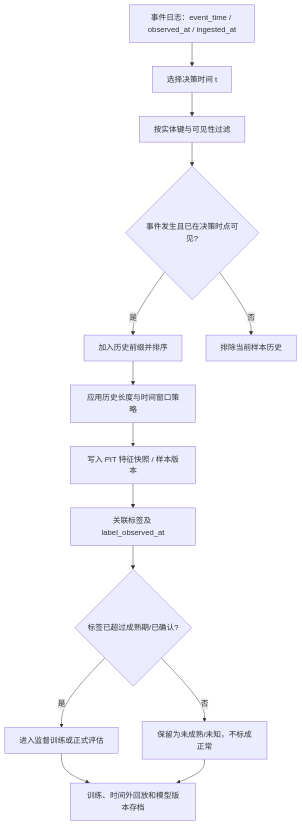
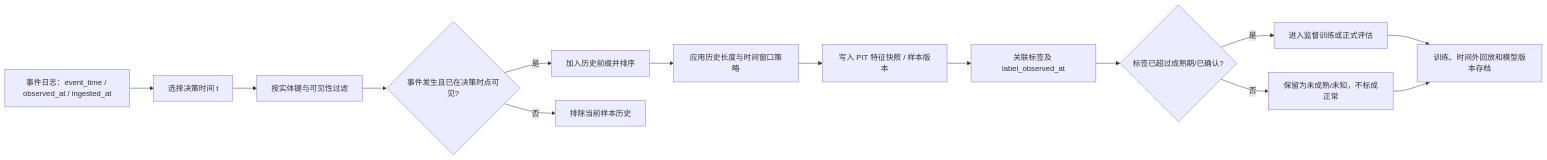
One commit to devweekly/devweekly.github.io changed the seventh of 15 diagrams in temp/transformer_sequence_financial_services_survey_2026-10-24/transformer_sequence_financial_services_survey_2026-10-24.md. Above: the diagram before and after it, drawn with Mermaid. The commit also changed other lines of this file, not shown here.

Commit message:
Polish beginner explanations, table of contents, and diagram layouts

````diff
--- a/temp/transformer_sequence_financial_services_survey_2026-10-24/transformer_sequence_financial_services_survey_2026-10-24.md
+++ b/temp/transformer_sequence_financial_services_survey_2026-10-24/transformer_sequence_financial_services_survey_2026-10-24.md
@@ -969,16 +970,16 @@
 ```mermaid
-flowchart TD
+flowchart LR
     A[事件日志：event_time / observed_at / ingested_at] --> B[选择决策时间 t]
     B --> C[按实体键与可见性过滤]
     C --> D{事件发生且已在决策时点可见?}
     D -- 是 --> E[加入历史前缀并排序]
     D -- 否 --> F[排除当前样本历史]
     E --> G[应用历史长度与时间窗口策略]
     G --> H[写入 PIT 特征快照 / 样本版本]
     H --> I[关联标签及 label_observed_at]
     I --> J{标签已超过成熟期/已确认?}
     J -- 是 --> K[进入监督训练或正式评估]
     J -- 否 --> L[保留为未成熟/未知，不标成正常]
     K --> M[训练、时间外回放和模型版本存档]
     L --> M
 ```
````
